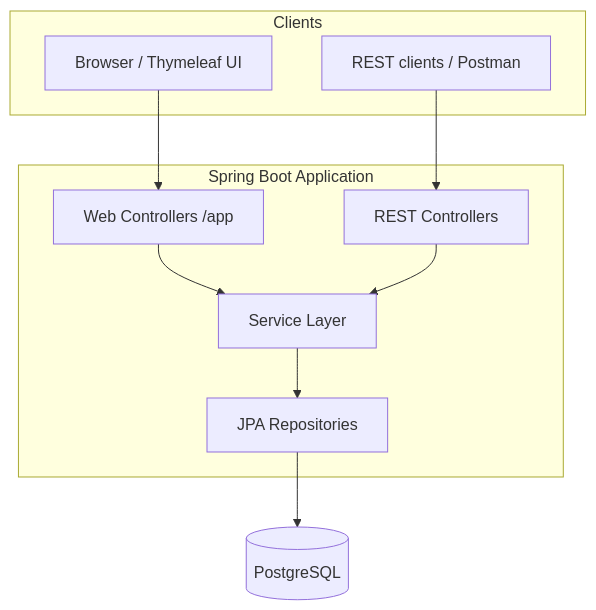
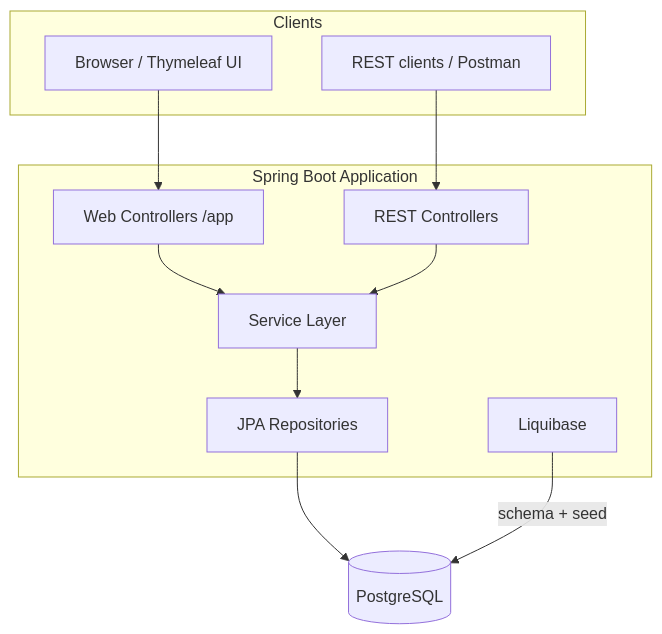
The diagram in README.md (staffi125/BookStoreService), drawn with Mermaid before and after one commit. The commit also changed other lines of this file and 8 other files, not shown here.

````diff
--- a/README.md
+++ b/README.md
@@ -99,23 +102,25 @@
 ```mermaid
 flowchart TB
     subgraph clients [Clients]
         Browser[Browser / Thymeleaf UI]
         API[REST clients / Postman]
     end
 
     subgraph app [Spring Boot Application]
         WebCtrl[Web Controllers /app]
         RestCtrl[REST Controllers]
         Svc[Service Layer]
         Repo[JPA Repositories]
+        Liq[Liquibase]
     end
 
     DB[(PostgreSQL)]
 
     Browser --> WebCtrl
     API --> RestCtrl
     WebCtrl --> Svc
     RestCtrl --> Svc
     Svc --> Repo
     Repo --> DB
+    Liq -->|"schema + seed"| DB
 ```
````
